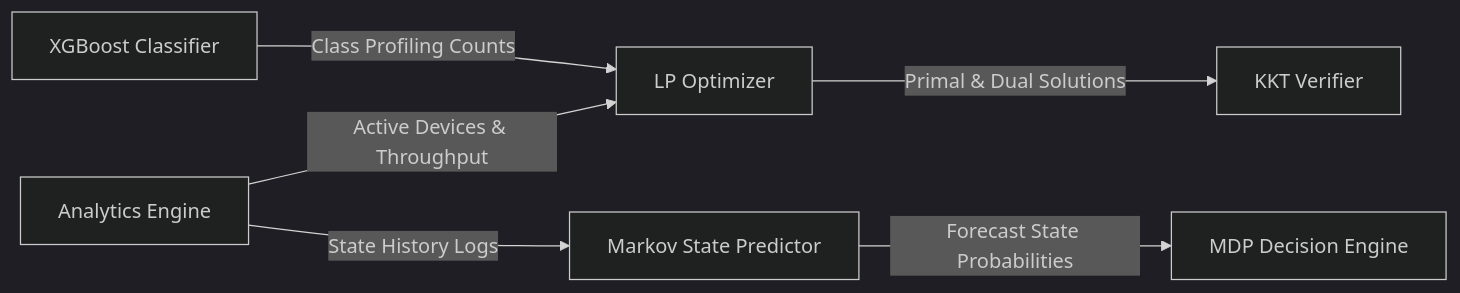
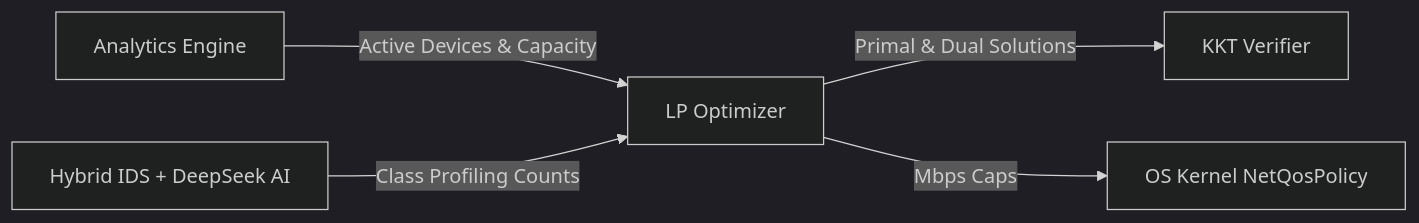
Before and after one commit to raghuramch028/NetInsight-X: the third of 3 diagrams in docs/IEEE_Report.md, drawn with Mermaid (dark theme). The commit also changed other lines of this file and 1 other file, not shown here.

Commit message:
Scrub all references to HMM, Markov, HDP, XGBoost, and SVM from documentation and codebase

````diff
--- a/docs/IEEE_Report.md
+++ b/docs/IEEE_Report.md
@@ -104,8 +94,7 @@
 ```mermaid
 flowchart LR
-    A[Analytics Engine] -->|Active Devices & Throughput| O[LP Optimizer]
-    A -->|State History Logs| P[Markov State Predictor]
-    P -->|Forecast State Probabilities| M[MDP Decision Engine]
-    C[XGBoost Classifier] -->|Class Profiling Counts| O
+    A[Analytics Engine] -->|Active Devices & Capacity| O[LP Optimizer]
+    C[Hybrid IDS + DeepSeek AI] -->|Class Profiling Counts| O
     O -->|Primal & Dual Solutions| K[KKT Verifier]
+    O -->|Mbps Caps| E[OS Kernel NetQosPolicy]
 ```
````
